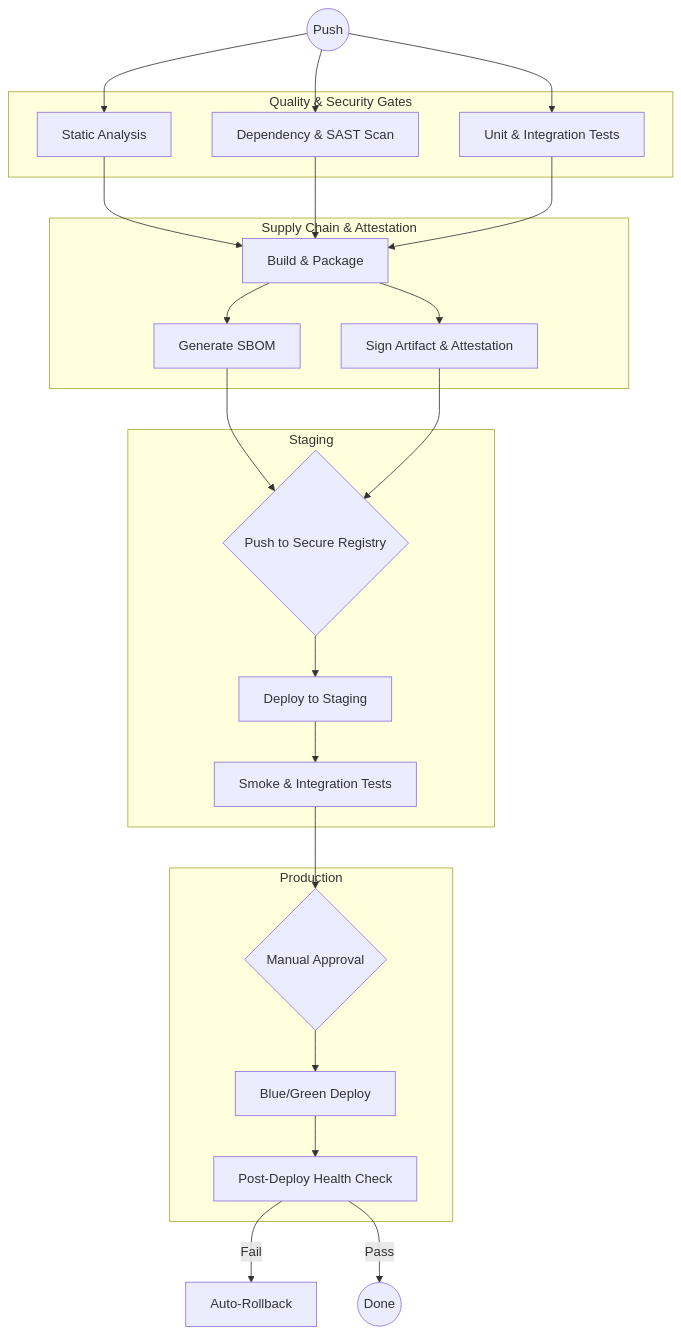
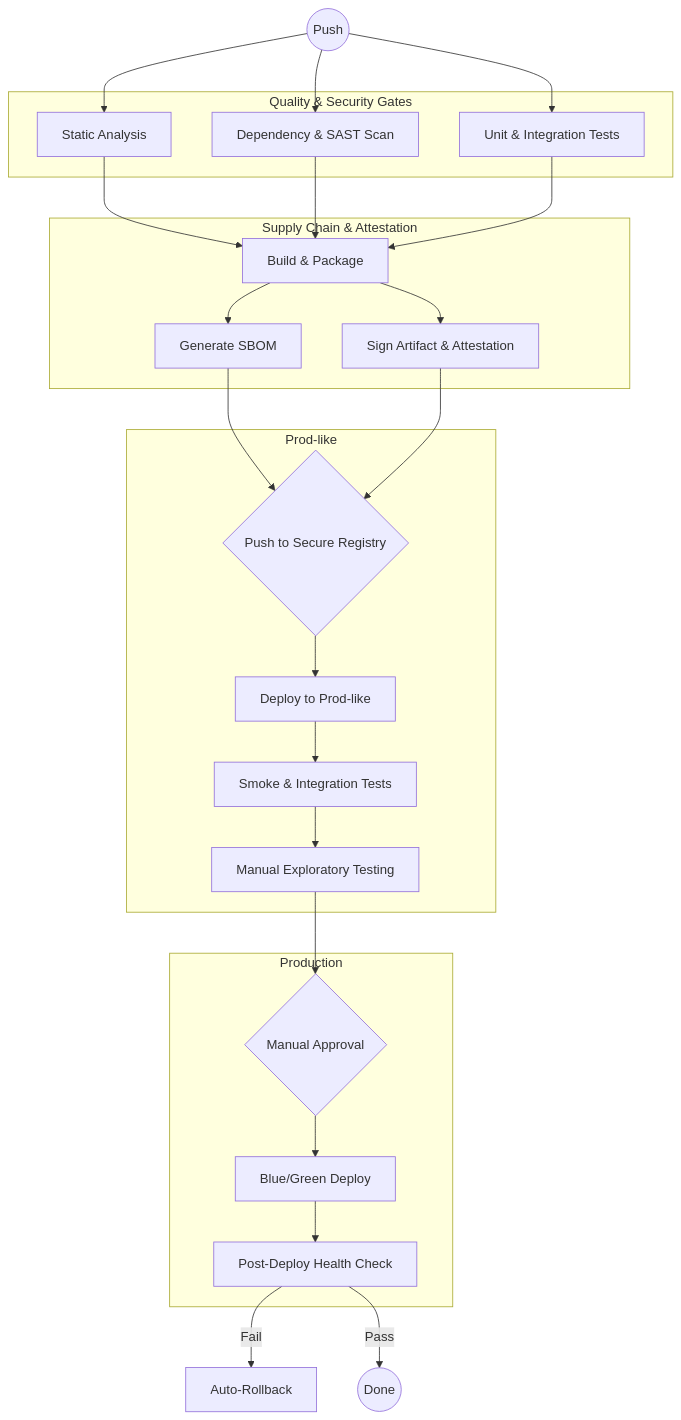
One commit to lgpalnau/ci-cd-examples changed the fourth of 4 diagrams in README.md. Above: the diagram before and after it, drawn with Mermaid. The commit also changed other lines of this file, not shown here.

Commit message:
docs: update CI/CD workflow diagrams and descriptions in README

````diff
--- a/README.md
+++ b/README.md
@@ -70,34 +71,35 @@
 ```mermaid
 graph TD
     subgraph Quality & Security Gates
     A[Static Analysis]
     B[Dependency & SAST Scan]
     C[Unit & Integration Tests]
     end
 
     Start((Push)) --> A & B & C
     
     A & B & C --> D[Build & Package]
 
     subgraph Supply Chain Hardening [Supply Chain & Attestation]
     D --> E1[Generate SBOM]
     D --> E2[Sign Artifact & Attestation]
     end
 
     E1 & E2 --> F{Push to Secure Registry}
     
-    subgraph Staging
-    F --> G[Deploy to Staging]
-    G --> H[Smoke & Integration Tests]
+    subgraph Prod-like
+    F --> G[Deploy to Prod-like]
+    G --> H1[Smoke & Integration Tests]
+    H1 --> H2[Manual Exploratory Testing]
     end
     
-    H --> I{Manual Approval}
+    H2 --> I{Manual Approval}
     
     subgraph Production
     I --> J[Blue/Green Deploy]
     J --> K[Post-Deploy Health Check]
     end
     
     K -- Fail --> L[Auto-Rollback]
     K -- Pass --> M((Done))
 ```
````
